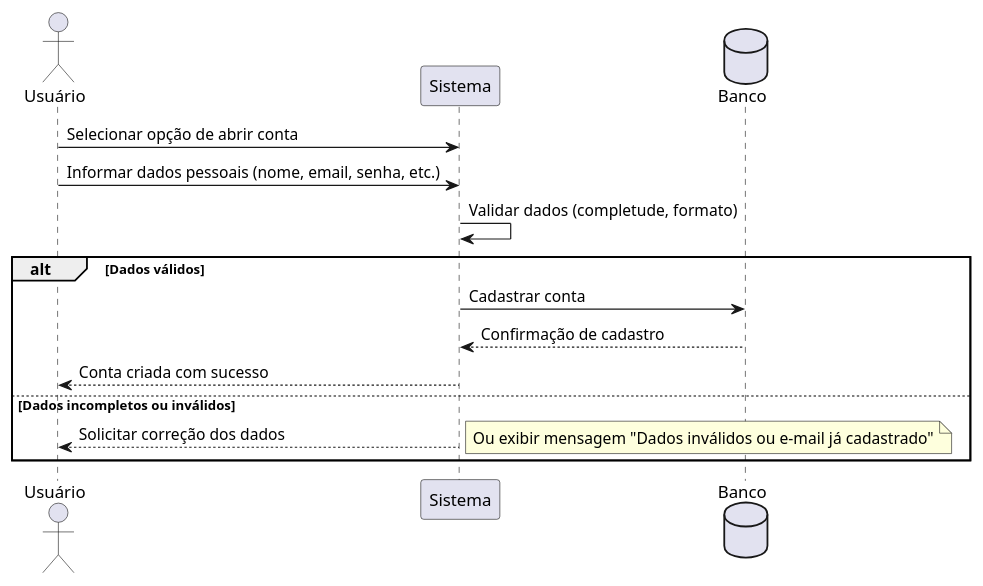
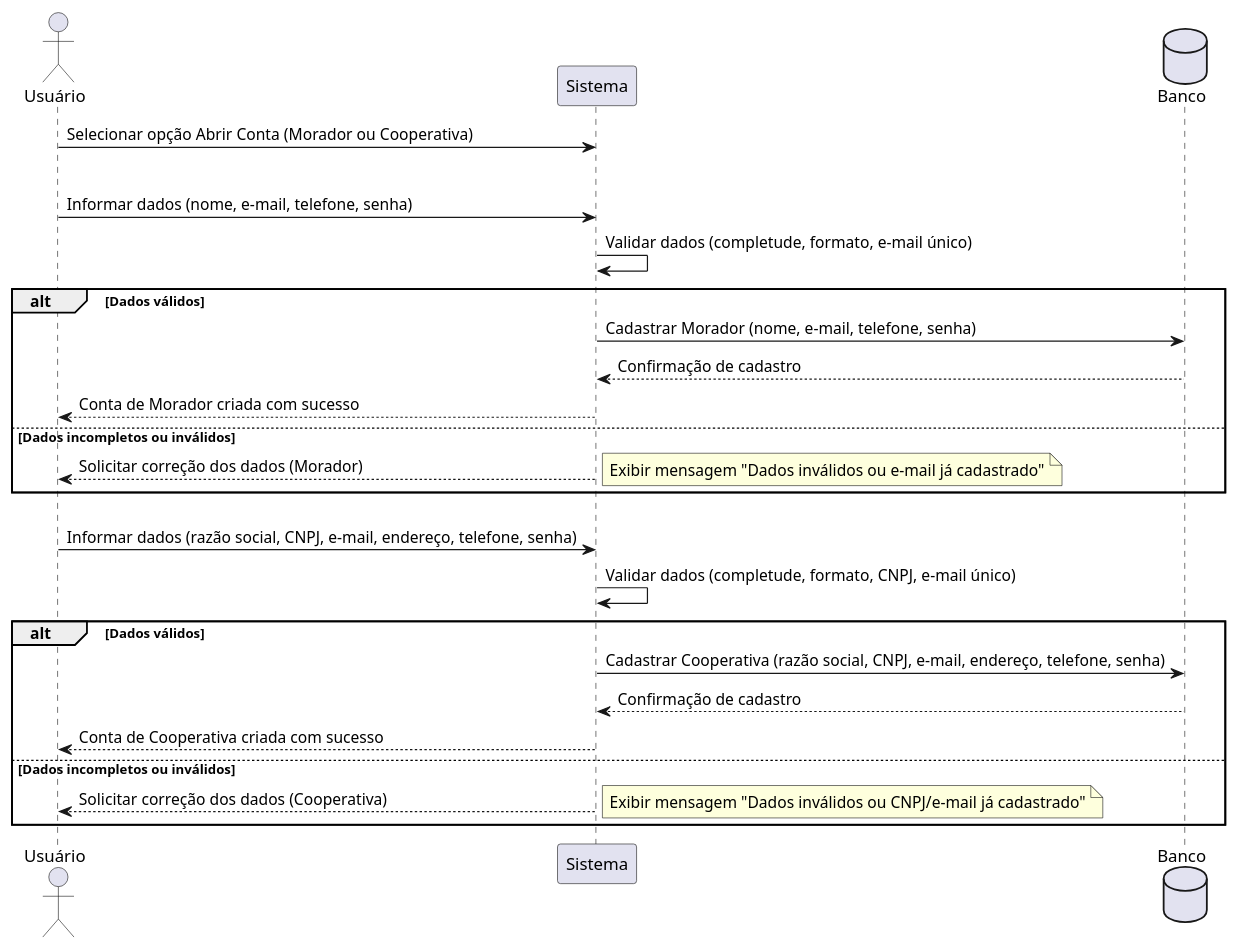
The diagram in diagrama-fontes/diagrama_sequencia_abrir_conta.puml (gg-Joao/.econologia), drawn with PlantUML before and after one commit.

Commit message:
mudança no diagrama_sequencia_abrir_conta

```diff
--- a/diagrama-fontes/diagrama_sequencia_abrir_conta.puml
+++ b/diagrama-fontes/diagrama_sequencia_abrir_conta.puml
@@ -1,18 +1,32 @@
 @startuml Diagrama de Sequência - Abrir Conta
 actor Usuário
 participant Sistema
 database Banco
 
-Usuário -> Sistema: Selecionar opção de abrir conta
-Usuário -> Sistema: Informar dados pessoais (nome, email, senha, etc.)
-Sistema -> Sistema: Validar dados (completude, formato)
-alt Dados válidos
-    Sistema -> Banco: Cadastrar conta
-    Banco --> Sistema: Confirmação de cadastro
-    Sistema --> Usuário: Conta criada com sucesso
-else Dados incompletos ou inválidos
-    Sistema --> Usuário: Solicitar correção dos dados
-    note right: Ou exibir mensagem "Dados inválidos ou e-mail já cadastrado"
-end
+Usuário -> Sistema: Selecionar opção Abrir Conta (Morador ou Cooperativa)
+
+alt Morador seleciona Abrir Conta de Morador
+    Usuário -> Sistema: Informar dados (nome, e-mail, telefone, senha)
+    Sistema -> Sistema: Validar dados (completude, formato, e-mail único)
+    alt Dados válidos
+        Sistema -> Banco: Cadastrar Morador (nome, e-mail, telefone, senha)
+        Banco --> Sistema: Confirmação de cadastro
+        Sistema --> Usuário: Conta de Morador criada com sucesso
+    else Dados incompletos ou inválidos
+        Sistema --> Usuário: Solicitar correção dos dados (Morador)
+        note right: Exibir mensagem "Dados inválidos ou e-mail já cadastrado"
+    end
+else Cooperativa seleciona Abrir Conta de Cooperativa
+    Usuário -> Sistema: Informar dados (razão social, CNPJ, e-mail, endereço, telefone, senha)
+    Sistema -> Sistema: Validar dados (completude, formato, CNPJ, e-mail único)
+    alt Dados válidos
+        Sistema -> Banco: Cadastrar Cooperativa (razão social, CNPJ, e-mail, endereço, telefone, senha)
+        Banco --> Sistema: Confirmação de cadastro
+        Sistema --> Usuário: Conta de Cooperativa criada com sucesso
+    else Dados incompletos ou inválidos
+        Sistema --> Usuário: Solicitar correção dos dados (Cooperativa)
+        note right: Exibir mensagem "Dados inválidos ou CNPJ/e-mail já cadastrado"
+    end
+
 
 @enduml
```
